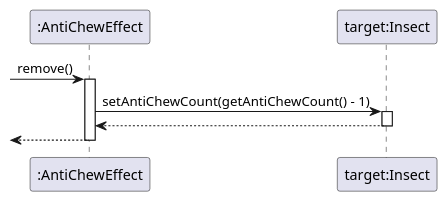
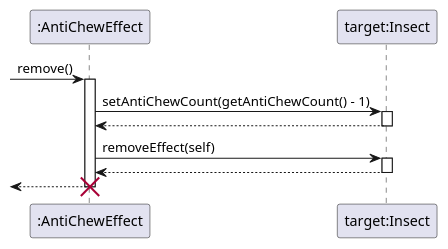
One commit to ZD4ve/projlab-error521 changed the diagram in AntiChewEffect/wearoff.pu. Above: the diagram before and after it, drawn with PlantUML. The commit also changed 3 other files, not shown here.

```diff
--- a/AntiChewEffect/wearoff.pu
+++ b/AntiChewEffect/wearoff.pu
@@ -1,16 +1,24 @@
 @startuml
 participant ":AntiChewEffect" as effect
 participant "target:Insect" as target
 
 -> effect : remove()
 activate effect
 
 effect -> target : setAntiChewCount(getAntiChewCount() - 1)
 activate target
 
 effect <-- target
 deactivate target
 
+effect -> target : removeEffect(self)
+activate target
+
+effect <-- target
+deactivate target
+
 <-- effect
 deactivate effect
+destroy effect
+
 @enduml
```
